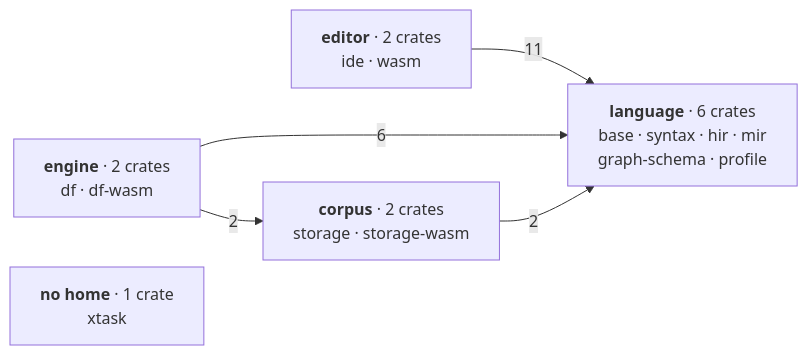
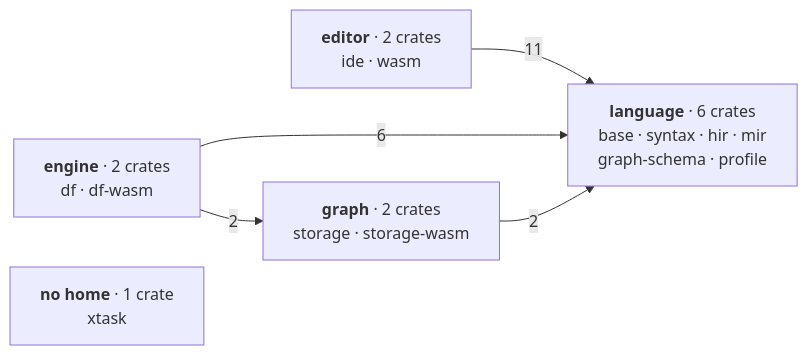
The diagram in docs/content/docs/(root)/architecture.mdx (Kanzo-Tech/fossil-lang), drawn with Mermaid before and after one commit. The commit also changed other lines of this file and 111 other files, not shown here.

First line of the commit message:
Rename corpus to graph; describe before a run; profiles named by binding; DUCKDB_TYPES (#52)

````diff
--- a/docs/content/docs/(root)/architecture.mdx
+++ b/docs/content/docs/(root)/architecture.mdx
@@ -91,13 +91,13 @@
 ```mermaid
 graph LR
   L["<b>language</b> · 6 crates<br/>base · syntax · hir · mir<br/>graph-schema · profile"]
   E["<b>editor</b> · 2 crates<br/>ide · wasm"]
   M["<b>engine</b> · 2 crates<br/>df · df-wasm"]
-  C["<b>corpus</b> · 2 crates<br/>storage · storage-wasm"]
+  C["<b>graph</b> · 2 crates<br/>storage · storage-wasm"]
   X["<b>no home</b> · 1 crate<br/>xtask"]
 
   E -->|11| L
   M -->|6| L
   M -->|2| C
   C -->|2| L
 ```
````
